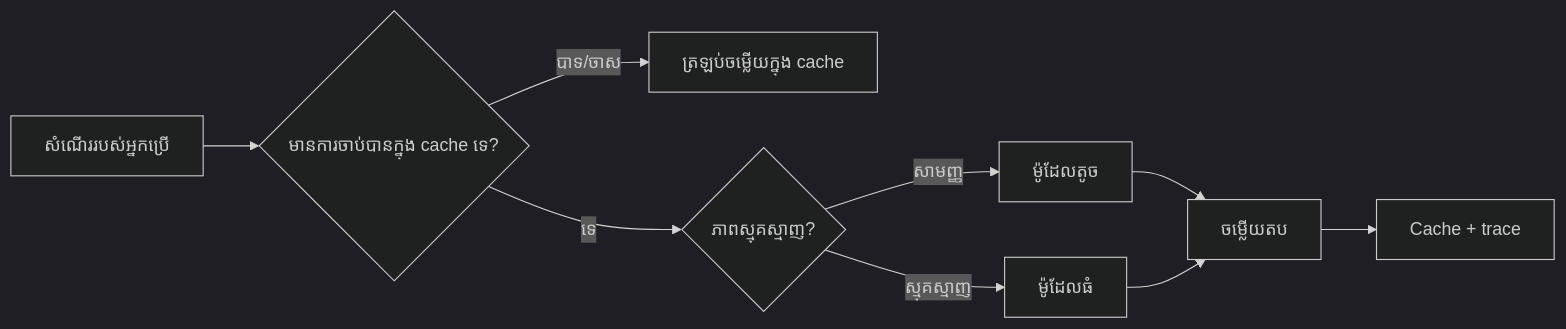
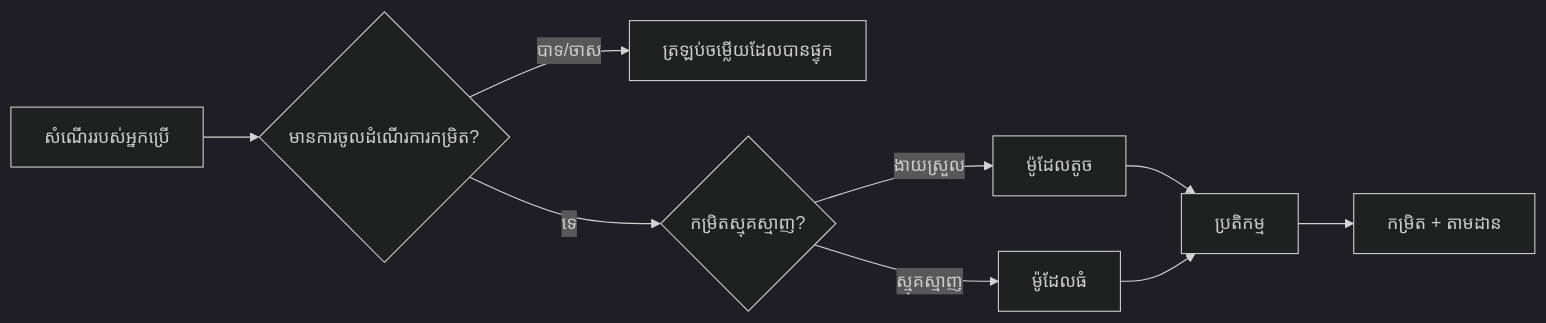
The third of 4 diagrams in translations/km/16-deploying-scalable-agents/README.md (microsoft/ai-agents-for-beginners), drawn with Mermaid (dark theme) before and after one commit. The commit also changed other lines of this file and 14 other files, not shown here.

````diff
--- a/translations/km/16-deploying-scalable-agents/README.md
+++ b/translations/km/16-deploying-scalable-agents/README.md
@@ -134,11 +134,11 @@
 ```mermaid
 flowchart LR
-    Q[សំណើររបស់អ្នកប្រើ] --> C{មានការចាប់បានក្នុង cache ទេ?}
-    C -->|បាទ/ចាស| R[ត្រឡប់ចម្លើយក្នុង cache]
-    C -->|ទេ| Router{ភាពស្មុគស្មាញ?}
-    Router -->|សាមញ្ញ| SLM[ម៉ូដែលតូច]
+    Q[សំណើររបស់អ្នកប្រើ] --> C{មានការចូលដំណើរការកម្រិត?}
+    C -->|បាទ/ចាស| R[ត្រឡប់ចម្លើយដែលបានផ្ទុក]
+    C -->|ទេ| Router{កម្រិតស្មុគស្មាញ?}
+    Router -->|ងាយស្រួល| SLM[ម៉ូដែលតូច]
     Router -->|ស្មុគស្មាញ| LLM[ម៉ូដែលធំ]
-    SLM --> Out[ចម្លើយតប]
+    SLM --> Out[ប្រតិកម្ម]
     LLM --> Out
-    Out --> Store[Cache + trace]
+    Out --> Store[កម្រិត + តាមដាន]
 ```
````
